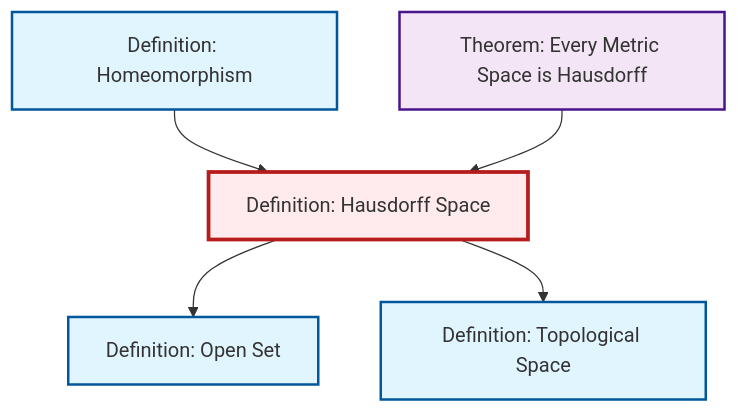
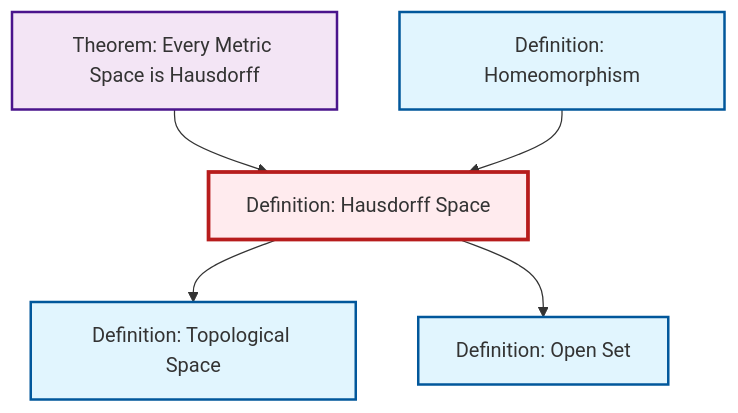
The diagram in content/en/topology/def-hausdorff.qmd (RK0429/ModernMath), drawn with Mermaid before and after one commit. The commit also changed other lines of this file and 491 other files, not shown here.

````diff
--- a/content/en/topology/def-hausdorff.qmd
+++ b/content/en/topology/def-hausdorff.qmd
@@ -53,23 +53,23 @@
 ```{mermaid}
 %%| fig-cap: "Local dependency graph"
 graph TD
     classDef definition fill:#e1f5fe,stroke:#01579b,stroke-width:2px
     classDef theorem fill:#f3e5f5,stroke:#4a148c,stroke-width:2px
     classDef axiom fill:#fff3e0,stroke:#e65100,stroke-width:2px
     classDef example fill:#e8f5e9,stroke:#1b5e20,stroke-width:2px
     classDef current fill:#ffebee,stroke:#b71c1c,stroke-width:3px
     def-hausdorff["Definition: Hausdorff Space"]:::definition
+    def-topological-space["Definition: Topological Space"]:::definition
     def-open-set["Definition: Open Set"]:::definition
+    def-homeomorphism["Definition: Homeomorphism"]:::definition
     thm-metric-hausdorff["Theorem: Every Metric Space is Hausdorff"]:::theorem
-    def-homeomorphism["Definition: Homeomorphism"]:::definition
-    def-topological-space["Definition: Topological Space"]:::definition
+    thm-metric-hausdorff --> def-hausdorff
+    def-homeomorphism --> def-hausdorff
+    def-hausdorff --> def-topological-space
     def-hausdorff --> def-open-set
-    def-hausdorff --> def-topological-space
-    def-homeomorphism --> def-hausdorff
-    thm-metric-hausdorff --> def-hausdorff
     class def-hausdorff current
+    click def-topological-space "def-topological-space.html" "Go to Topological Space definition"
     click def-open-set "def-open-set.html" "Go to Open Set definition"
+    click def-homeomorphism "def-homeomorphism.html" "Go to Homeomorphism definition"
     click thm-metric-hausdorff "thm-metric-hausdorff.html" "Go to Every Metric Space is Hausdorff theorem"
-    click def-homeomorphism "def-homeomorphism.html" "Go to Homeomorphism definition"
-    click def-topological-space "def-topological-space.html" "Go to Topological Space definition"
 ```
````
